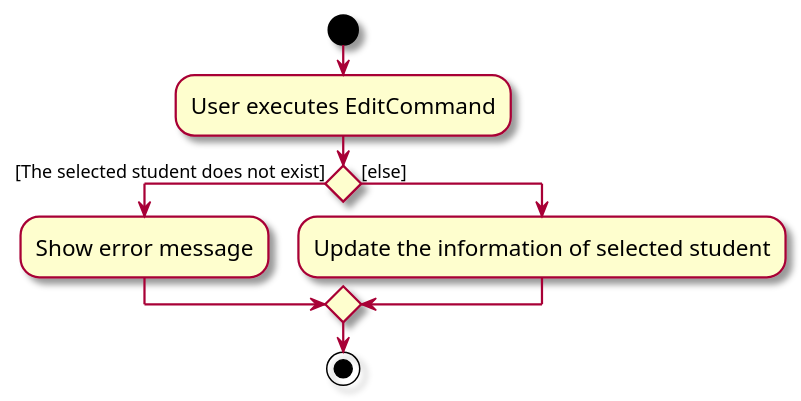
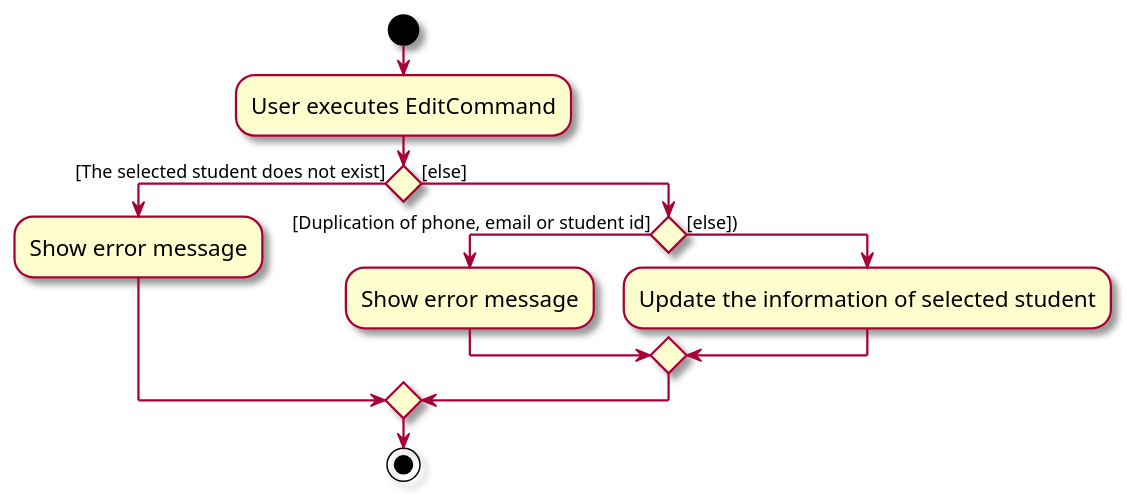
The diagram in docs/diagrams/CheckIfStudentExistsForEditCommand.puml (faaheem13/tp), drawn with PlantUML before and after one commit. The commit also changed 1 other file, not shown here.

Commit message:
Update diagrams

```diff
--- a/docs/diagrams/CheckIfStudentExistsForEditCommand.puml
+++ b/docs/diagrams/CheckIfStudentExistsForEditCommand.puml
@@ -1,17 +1,21 @@
 @startuml
 skin rose
 skinparam ActivityFontSize 15
 skinparam ArrowFontSize 12
 start
 :User executes EditCommand;
 
 'Since the beta syntax does not support placing the condition outside the
 'diamond we place it as the true branch instead.
 
 if () then ([The selected student does not exist])
     :Show error message;
 else ([else])
+    if () then ([Duplication of phone, email or student id])
+    :Show error message;
+    else ([else]))
     :Update the information of selected student;
+    endif
 endif
 stop
 @enduml
```
